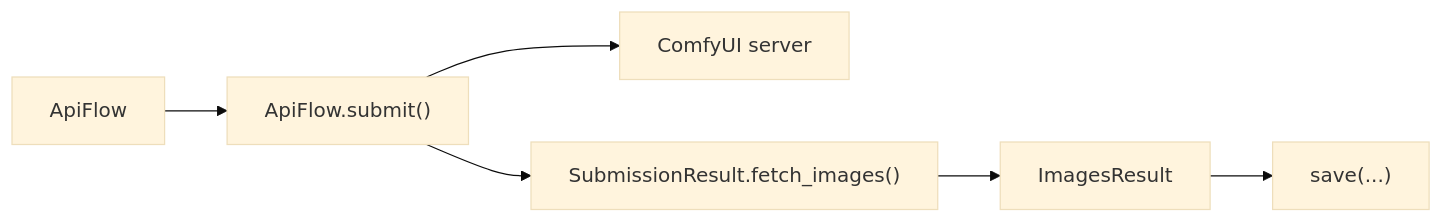
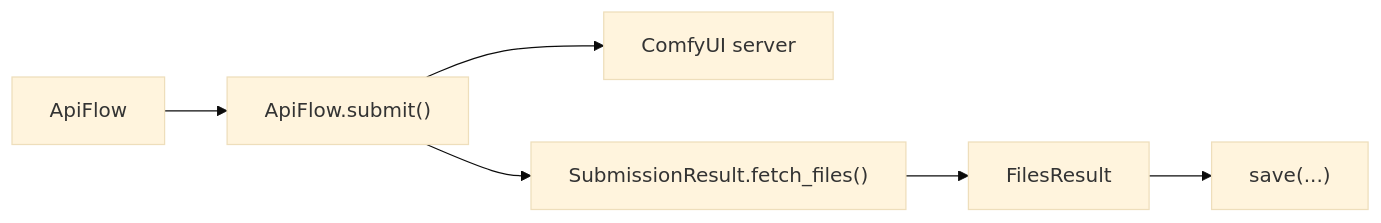
Before and after one commit to chrisdreid/comfyui-autoflow: the first of 3 diagrams in docs/submit-and-images.md, drawn with Mermaid (base theme). The commit also changed other lines of this file and 9 other files, not shown here.

````diff
--- a/docs/submit-and-images.md
+++ b/docs/submit-and-images.md
@@ -26,8 +26,8 @@
 ```mermaid
 flowchart LR
   apiFlow["ApiFlow"] --> submitFn["ApiFlow.submit()"]
   submitFn --> comfyServer["ComfyUI server"]
-  submitFn --> getImages["SubmissionResult.fetch_images()"]
-  getImages --> images["ImagesResult"]
-  images --> saveImages["save(...)"]
+  submitFn --> getFiles["SubmissionResult.fetch_files()"]
+  getFiles --> files["FilesResult"]
+  files --> saveFiles["save(...)"]
 ```
````
